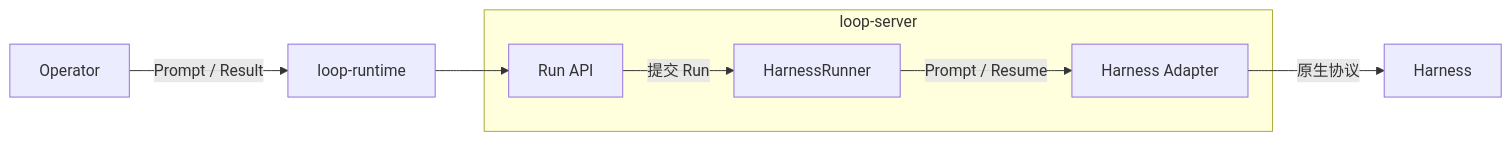
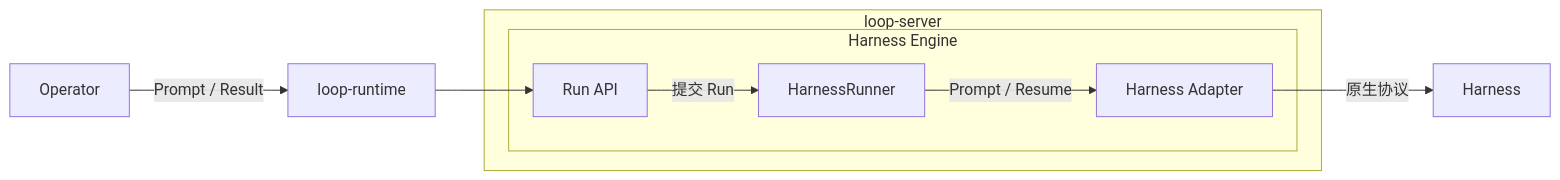
The diagram in docs/harness.md (compforge/loopd), drawn with Mermaid before and after one commit. The commit also changed other lines of this file and 9 other files, not shown here.

First line of the commit message:
docs: name the Harness Engine and align architecture

````diff
--- a/docs/harness.md
+++ b/docs/harness.md
@@ -21,10 +26,12 @@
 ```mermaid
 flowchart LR
     Operator -->|Prompt / Result| Runtime[loop-runtime]
     subgraph Server[loop-server]
-        API[Run API] -->|提交 Run| Runner[HarnessRunner]
-        Runner -->|Prompt / Resume| Adapter[Harness Adapter]
+        subgraph Engine[Harness Engine]
+            API[Run API] -->|提交 Run| Runner[HarnessRunner]
+            Runner -->|Prompt / Resume| Adapter[Harness Adapter]
+        end
     end
     Runtime --> API
     Adapter -->|原生协议| Harness
 ```
````
